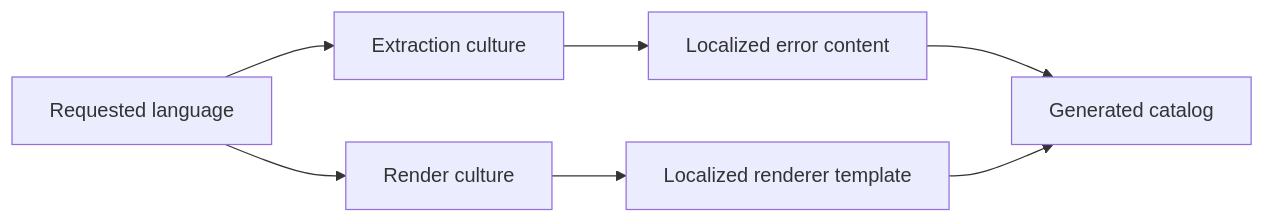
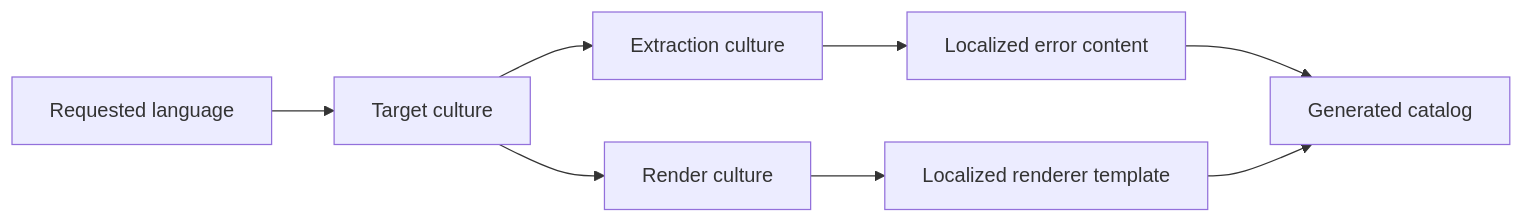
Before and after one commit to Reefact/first-class-errors: the diagram in doc/Internationalization.en.md, drawn with Mermaid. The commit also changed other lines of this file and 1 other file, not shown here.

````diff
--- a/doc/Internationalization.en.md
+++ b/doc/Internationalization.en.md
@@ -12,14 +14,8 @@
 ```mermaid
 flowchart LR
-    A[Requested language]
-    B[Extraction culture]
-    C[Localized error content]
-    D[Render culture]
-    E[Localized renderer template]
-    F[Generated catalog]
-
-    A --> B --> C
-    A --> D --> E
-    C --> F
+    A[Requested language] --> T[Target culture]
+    T --> B[Extraction culture] --> C[Localized error content]
+    T --> D[Render culture] --> E[Localized renderer template]
+    C --> F[Generated catalog]
     E --> F
 ```
````
